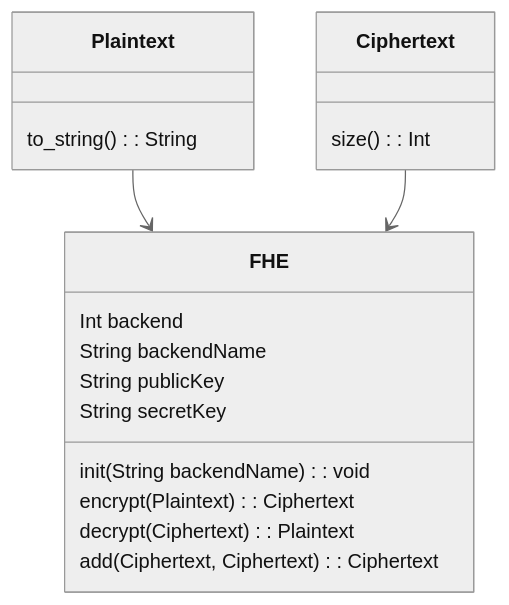
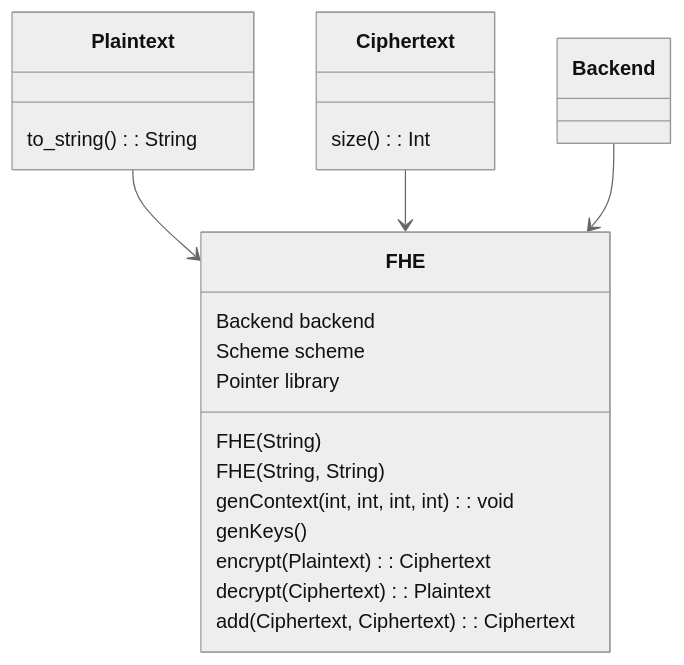
One commit to jeffmur/fhel changed the diagram in dart/README.md. Above: the diagram before and after it, drawn with Mermaid (neutral theme). The commit also changed other lines of this file and 3 other files, not shown here.

````diff
--- a/dart/README.md
+++ b/dart/README.md
@@ -5,27 +5,36 @@
 ```mermaid
 
 classDiagram
     class Plaintext {
         to_string(): String
     }
 
     class Ciphertext {
         size(): Int
     }
 
+    class Backend {
+
+    }
+
     Plaintext --> FHE
     Ciphertext --> FHE
+    Backend --> FHE
 
     class FHE {
-        Int backend
-        String backendName
-        String publicKey
-        String secretKey
+        Backend backend
+        Scheme scheme
+        Pointer library
 
-        init(String backendName): void
+        FHE(String)
+
+        FHE(String, String)
+
+        genContext(int, int, int, int): void
+        genKeys()
         encrypt(Plaintext): Ciphertext
         decrypt(Ciphertext): Plaintext
         add(Ciphertext, Ciphertext): Ciphertext
     }
 
 ```
````
